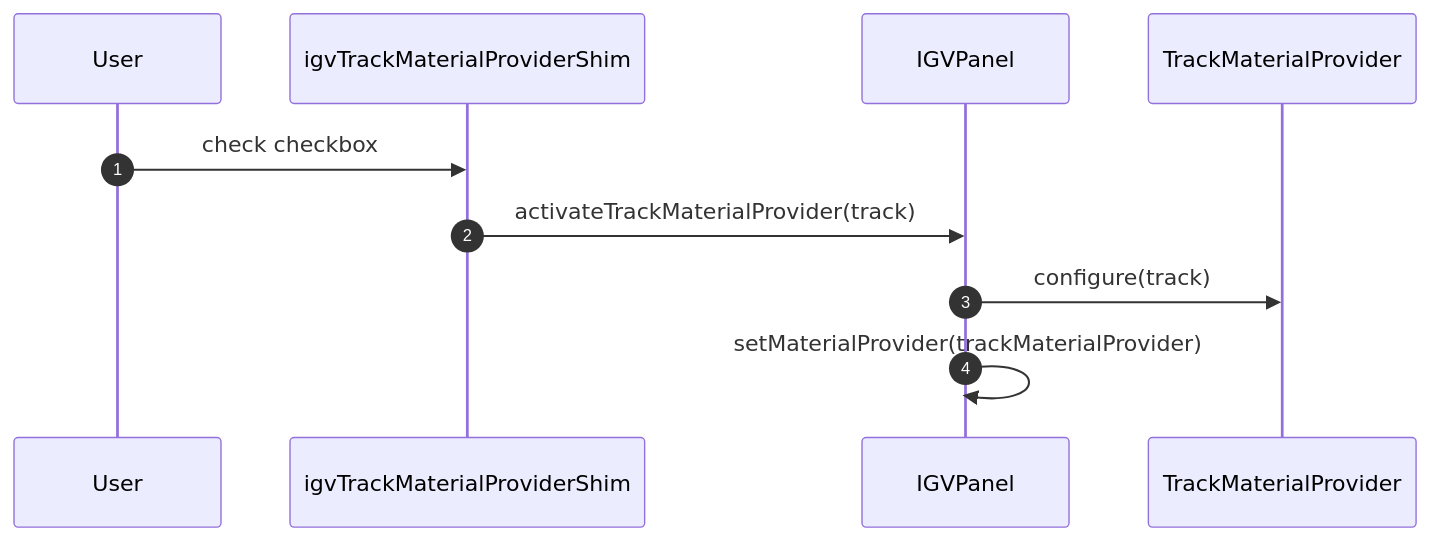
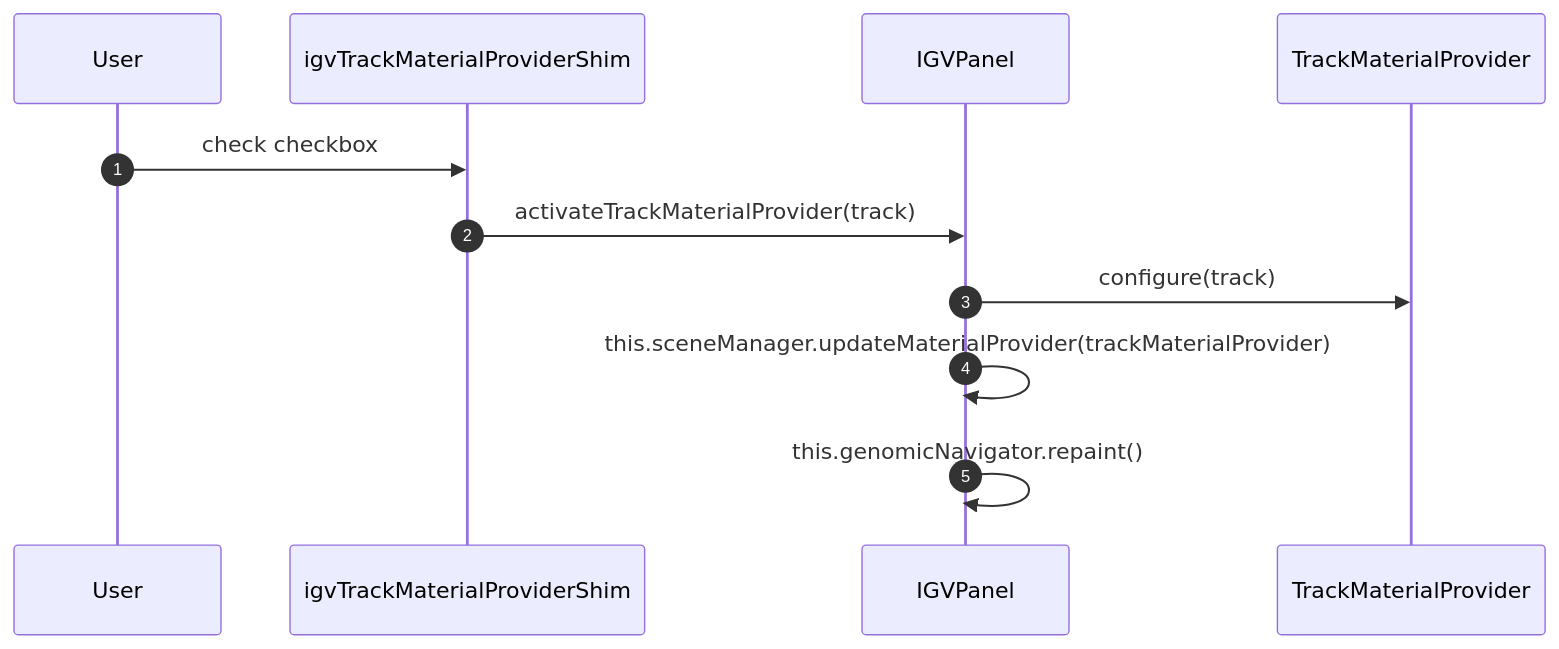
Before and after one commit to aidenlab/spacewalk: the fourth of 6 diagrams in development-notes/interaction-diagram-spacewalk-igv.md, drawn with Mermaid. The commit also changed other lines of this file and 6 other files, not shown here.

First line of the commit message:
docs: post Phase 3 architecture diagram pass

````diff
--- a/development-notes/interaction-diagram-spacewalk-igv.md
+++ b/development-notes/interaction-diagram-spacewalk-igv.md
@@ -146,14 +150,15 @@
 ```mermaid
 %%{init: {'themeVariables': {'fontSize': '16px'}}}%%
 sequenceDiagram
     autonumber
     participant User
     participant Shim as igvTrackMaterialProviderShim
     participant IGVPanel as IGVPanel
     participant TMP as TrackMaterialProvider
 
     User->>Shim: check checkbox
     Shim->>IGVPanel: activateTrackMaterialProvider(track)
     IGVPanel->>TMP: configure(track)
-    IGVPanel->>IGVPanel: setMaterialProvider(trackMaterialProvider)
+    IGVPanel->>IGVPanel: this.sceneManager.updateMaterialProvider(trackMaterialProvider)
+    IGVPanel->>IGVPanel: this.genomicNavigator.repaint()
 ```
````
